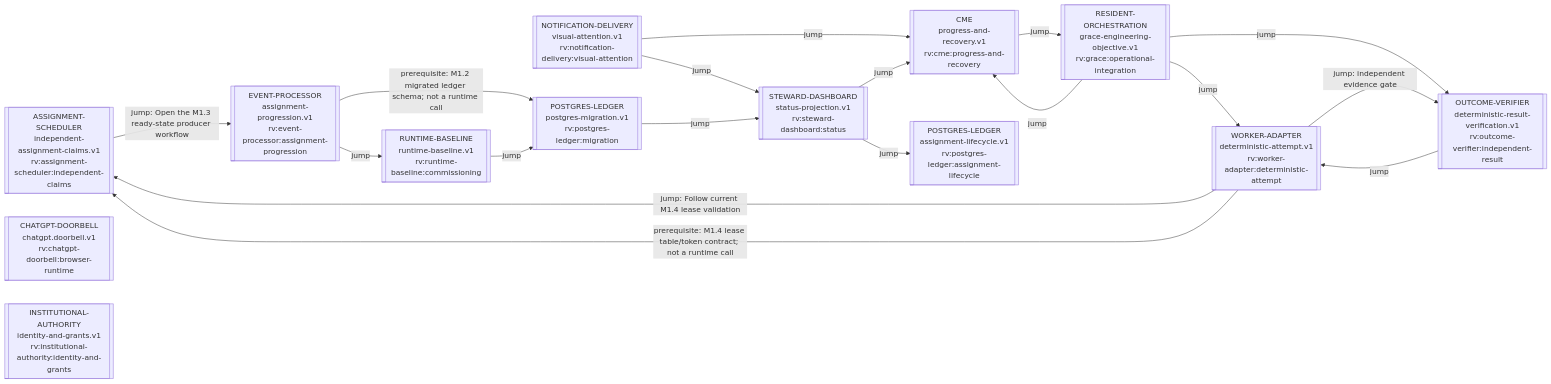
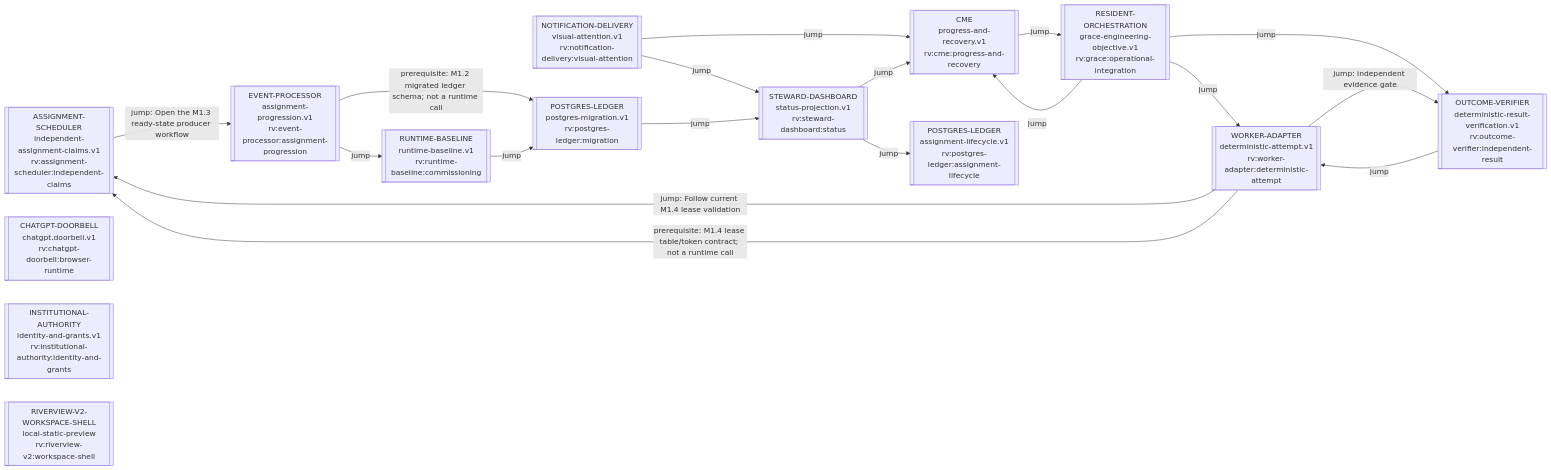
The diagram in process_graphs/generated/RIVERVIEW_PROCESS_GRAPH.md (ppow1/Riverview-), drawn with Mermaid before and after one commit. The commit also changed other lines of this file and 48 other files, not shown here.

Commit message:
Add isolated Riverview V2 workspace shell

````diff
--- a/process_graphs/generated/RIVERVIEW_PROCESS_GRAPH.md
+++ b/process_graphs/generated/RIVERVIEW_PROCESS_GRAPH.md
@@ -9,33 +9,34 @@
 ```mermaid
 flowchart LR
   g_rv_assignment_scheduler_independent_claims_88bd80c4[["ASSIGNMENT-SCHEDULER<br/>independent-assignment-claims.v1<br/>rv:assignment-scheduler:independent-claims"]]
   g_rv_chatgpt_doorbell_browser_runtime_b8102058[["CHATGPT-DOORBELL<br/>chatgpt.doorbell.v1<br/>rv:chatgpt-doorbell:browser-runtime"]]
   g_rv_cme_progress_and_recovery_402efffa[["CME<br/>progress-and-recovery.v1<br/>rv:cme:progress-and-recovery"]]
   g_rv_event_processor_assignment_progression_fa10db2d[["EVENT-PROCESSOR<br/>assignment-progression.v1<br/>rv:event-processor:assignment-progression"]]
   g_rv_grace_operational_integration_9989f0be[["RESIDENT-ORCHESTRATION<br/>grace-engineering-objective.v1<br/>rv:grace:operational-integration"]]
   g_rv_institutional_authority_identity_and_grants_05fdf0c5[["INSTITUTIONAL-AUTHORITY<br/>identity-and-grants.v1<br/>rv:institutional-authority:identity-and-grants"]]
   g_rv_notification_delivery_visual_attention_3f4f84d2[["NOTIFICATION-DELIVERY<br/>visual-attention.v1<br/>rv:notification-delivery:visual-attention"]]
   g_rv_outcome_verifier_independent_result_1d5c0875[["OUTCOME-VERIFIER<br/>deterministic-result-verification.v1<br/>rv:outcome-verifier:independent-result"]]
   g_rv_postgres_ledger_assignment_lifecycle_a9a01b67[["POSTGRES-LEDGER<br/>assignment-lifecycle.v1<br/>rv:postgres-ledger:assignment-lifecycle"]]
   g_rv_postgres_ledger_migration_4c89ef23[["POSTGRES-LEDGER<br/>postgres-migration.v1<br/>rv:postgres-ledger:migration"]]
+  g_rv_riverview_v2_workspace_shell_9dd363a5[["RIVERVIEW-V2-WORKSPACE-SHELL<br/>local-static-preview<br/>rv:riverview-v2:workspace-shell"]]
   g_rv_runtime_baseline_commissioning_46ff1ccf[["RUNTIME-BASELINE<br/>runtime-baseline.v1<br/>rv:runtime-baseline:commissioning"]]
   g_rv_steward_dashboard_status_75f7c259[["STEWARD-DASHBOARD<br/>status-projection.v1<br/>rv:steward-dashboard:status"]]
   g_rv_worker_adapter_deterministic_attempt_15d59b6f[["WORKER-ADAPTER<br/>deterministic-attempt.v1<br/>rv:worker-adapter:deterministic-attempt"]]
   g_rv_assignment_scheduler_independent_claims_88bd80c4 -->|jump: Open the M1.3 ready-state producer workflow| g_rv_event_processor_assignment_progression_fa10db2d
   g_rv_cme_progress_and_recovery_402efffa -->|jump| g_rv_grace_operational_integration_9989f0be
   g_rv_event_processor_assignment_progression_fa10db2d -->|prerequisite: M1.2 migrated ledger schema; not a runtime call| g_rv_postgres_ledger_migration_4c89ef23
   g_rv_event_processor_assignment_progression_fa10db2d -->|jump| g_rv_runtime_baseline_commissioning_46ff1ccf
   g_rv_grace_operational_integration_9989f0be -->|jump| g_rv_worker_adapter_deterministic_attempt_15d59b6f
   g_rv_grace_operational_integration_9989f0be -->|jump| g_rv_cme_progress_and_recovery_402efffa
   g_rv_grace_operational_integration_9989f0be -->|jump| g_rv_outcome_verifier_independent_result_1d5c0875
   g_rv_notification_delivery_visual_attention_3f4f84d2 -->|jump| g_rv_cme_progress_and_recovery_402efffa
   g_rv_notification_delivery_visual_attention_3f4f84d2 -->|jump| g_rv_steward_dashboard_status_75f7c259
   g_rv_outcome_verifier_independent_result_1d5c0875 -->|jump| g_rv_worker_adapter_deterministic_attempt_15d59b6f
   g_rv_postgres_ledger_migration_4c89ef23 -->|jump| g_rv_steward_dashboard_status_75f7c259
   g_rv_runtime_baseline_commissioning_46ff1ccf -->|jump| g_rv_postgres_ledger_migration_4c89ef23
   g_rv_steward_dashboard_status_75f7c259 -->|jump| g_rv_postgres_ledger_assignment_lifecycle_a9a01b67
   g_rv_steward_dashboard_status_75f7c259 -->|jump| g_rv_cme_progress_and_recovery_402efffa
   g_rv_worker_adapter_deterministic_attempt_15d59b6f -->|jump: Follow current M1.4 lease validation| g_rv_assignment_scheduler_independent_claims_88bd80c4
   g_rv_worker_adapter_deterministic_attempt_15d59b6f -->|prerequisite: M1.4 lease table/token contract; not a runtime call| g_rv_assignment_scheduler_independent_claims_88bd80c4
   g_rv_worker_adapter_deterministic_attempt_15d59b6f -->|jump: independent evidence gate| g_rv_outcome_verifier_independent_result_1d5c0875
 ```
````
